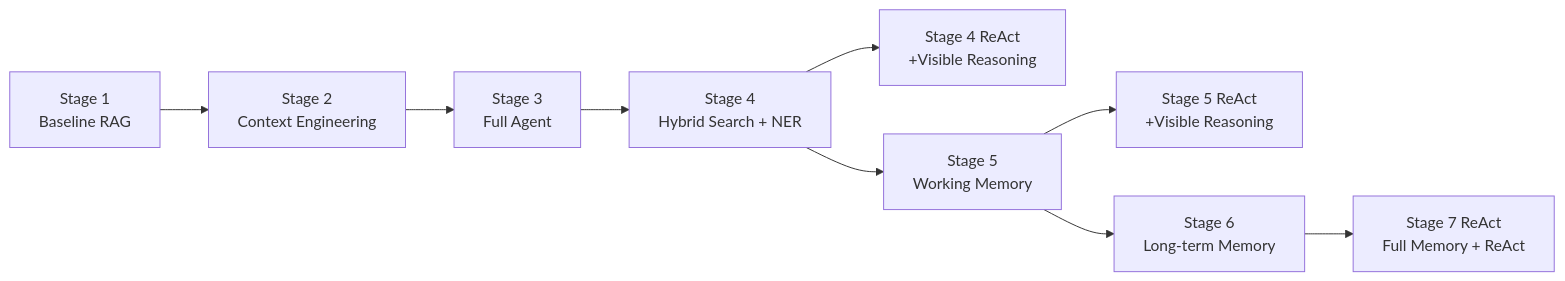
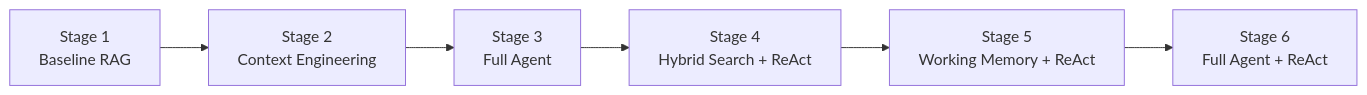
Before and after one commit to redis-developer/context-eng-matters: the first of 4 diagrams in progressive_agents/README.md, drawn with Mermaid. The commit also changed other lines of this file and 116 other files, not shown here.

````diff
--- a/progressive_agents/README.md
+++ b/progressive_agents/README.md
@@ -18,11 +18,8 @@
 ```mermaid
 graph LR
     S1[Stage 1<br/>Baseline RAG] --> S2[Stage 2<br/>Context Engineering]
     S2 --> S3[Stage 3<br/>Full Agent]
-    S3 --> S4[Stage 4<br/>Hybrid Search + NER]
-    S4 --> S4R[Stage 4 ReAct<br/>+Visible Reasoning]
-    S4 --> S5M[Stage 5<br/>Working Memory]
-    S5M --> S5R[Stage 5 ReAct<br/>+Visible Reasoning]
-    S5M --> S6[Stage 6<br/>Long-term Memory]
-    S6 --> S7[Stage 7 ReAct<br/>Full Memory + ReAct]
+    S3 --> S4[Stage 4<br/>Hybrid Search + ReAct]
+    S4 --> S5[Stage 5<br/>Working Memory + ReAct]
+    S5 --> S6[Stage 6<br/>Full Agent + ReAct]
 ```
````
